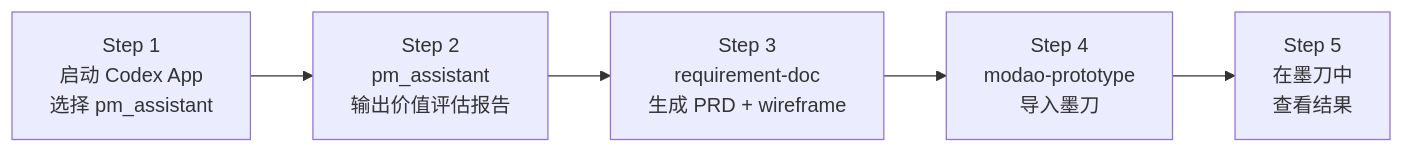
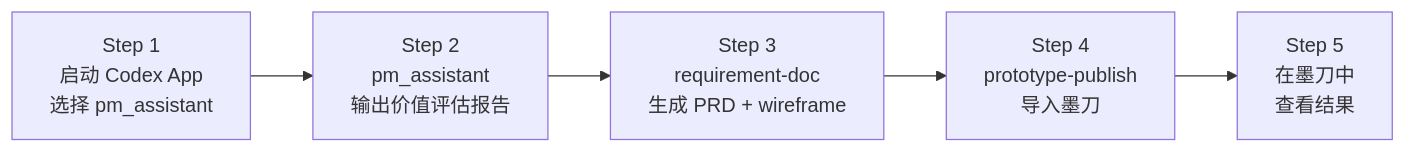
Before and after one commit to nickhou1983/PM-Project: the fourth of 4 diagrams in Hands-on/hands-on-guide.md, drawn with Mermaid. The commit also changed other lines of this file and 9 other files, not shown here.

First line of the commit message:
feat: rename modao-prototype to prototype-publish, add Figma import support

````diff
--- a/Hands-on/hands-on-guide.md
+++ b/Hands-on/hands-on-guide.md
@@ -415,7 +415,7 @@
 ```mermaid
 flowchart LR
     A["Step 1<br/>启动 Codex App<br/>选择 pm_assistant"] --> B["Step 2<br/>pm_assistant<br/>输出价值评估报告"]
     B --> C["Step 3<br/>requirement-doc<br/>生成 PRD + wireframe"]
-    C --> D["Step 4<br/>modao-prototype<br/>导入墨刀"]
+    C --> D["Step 4<br/>prototype-publish<br/>导入墨刀"]
     D --> E["Step 5<br/>在墨刀中<br/>查看结果"]
 ```
````
